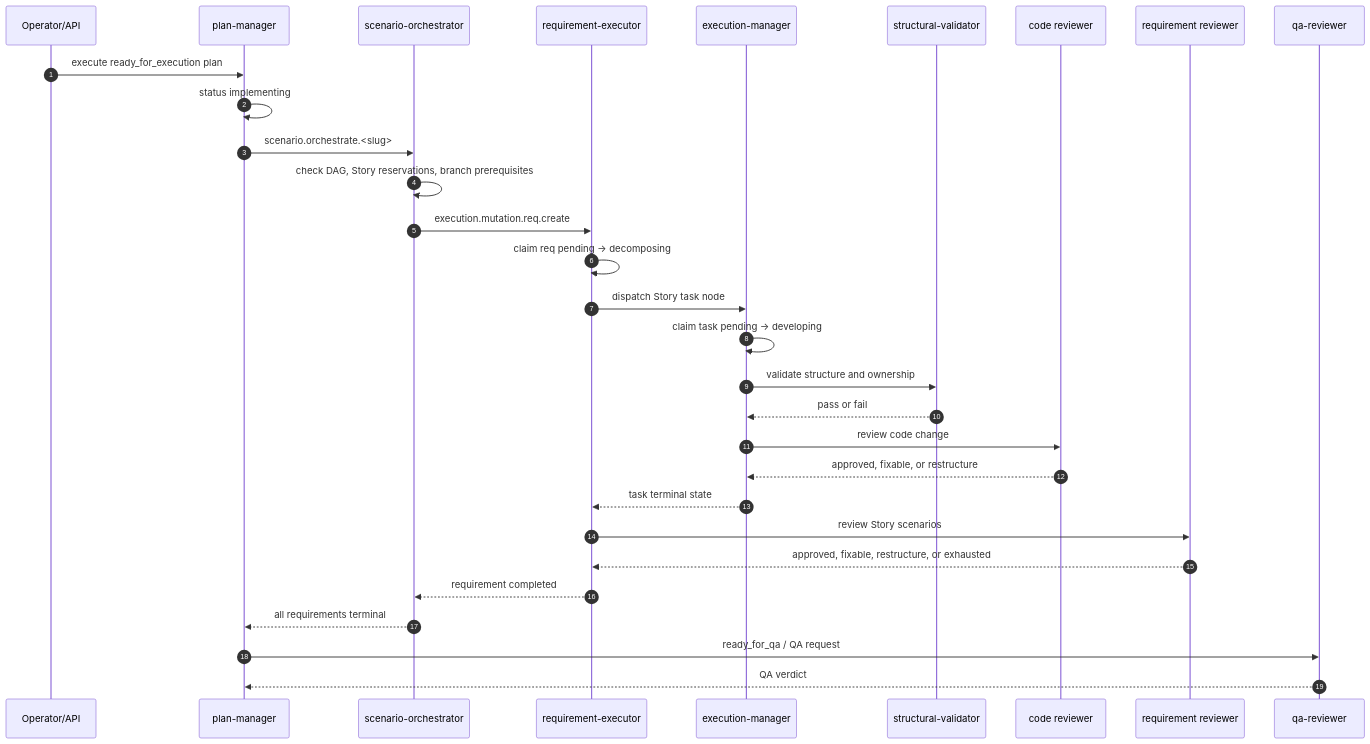
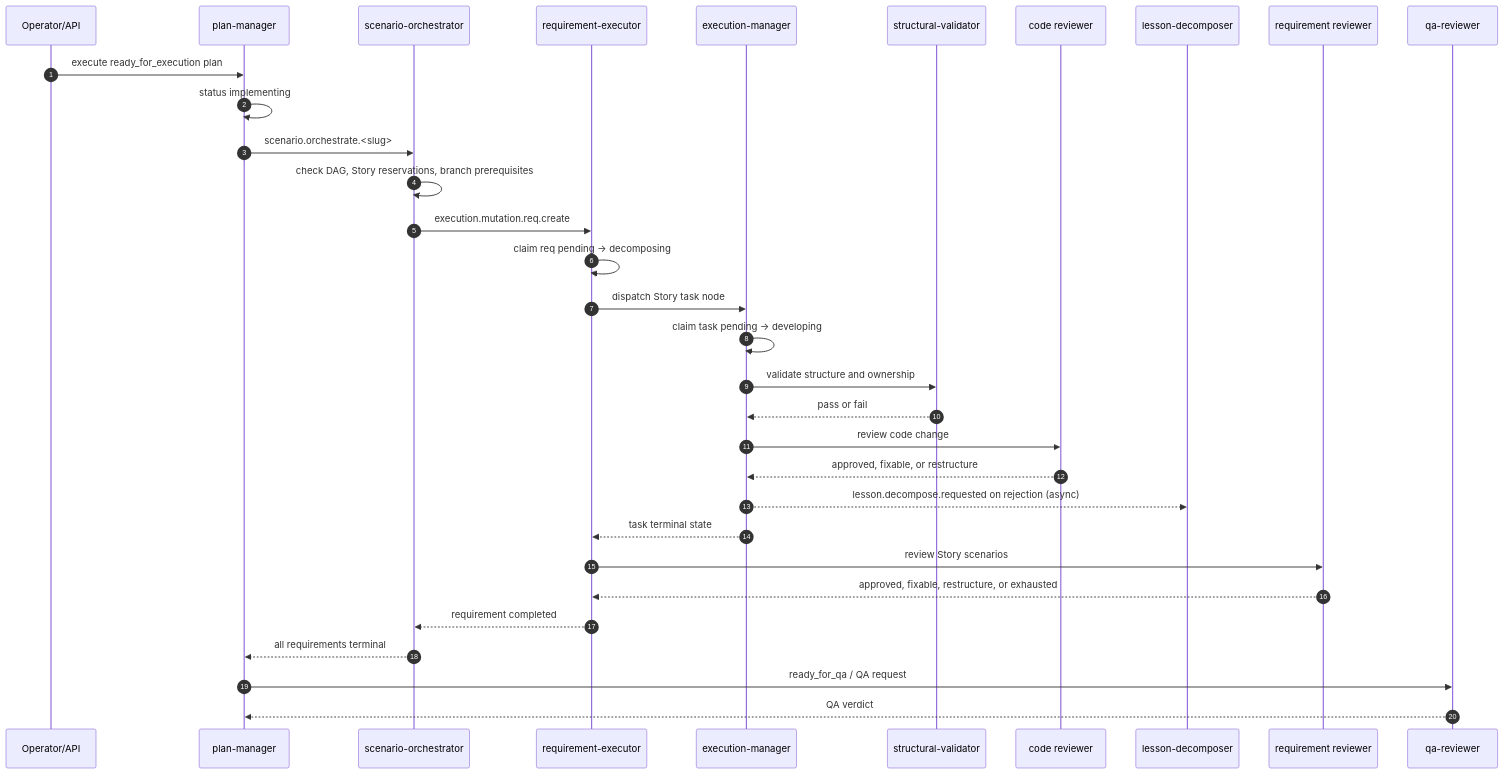
One commit to C360Studio/semspec changed the third of 4 diagrams in docs/e2e-flow.md. Above: the diagram before and after it, drawn with Mermaid. The commit also changed other lines of this file, not shown here.

Commit message:
docs: document lesson decomposition sidecar

````diff
--- a/docs/e2e-flow.md
+++ b/docs/e2e-flow.md
@@ -374,33 +374,35 @@
 ```mermaid
 sequenceDiagram
     autonumber
     participant Op as Operator/API
     participant PM as plan-manager
     participant SO as scenario-orchestrator
     participant RE as requirement-executor
     participant EM as execution-manager
     participant SV as structural-validator
     participant CR as code reviewer
+    participant LD as lesson-decomposer
     participant RR as requirement reviewer
     participant QA as qa-reviewer
 
     Op->>PM: execute ready_for_execution plan
     PM->>PM: status implementing
     PM->>SO: scenario.orchestrate.<slug>
     SO->>SO: check DAG, Story reservations, branch prerequisites
     SO->>RE: execution.mutation.req.create
     RE->>RE: claim req pending -> decomposing
     RE->>EM: dispatch Story task node
     EM->>EM: claim task pending -> developing
     EM->>SV: validate structure and ownership
     SV-->>EM: pass or fail
     EM->>CR: review code change
     CR-->>EM: approved, fixable, or restructure
+    EM-->>LD: lesson.decompose.requested on rejection (async)
     EM-->>RE: task terminal state
     RE->>RR: review Story scenarios
     RR-->>RE: approved, fixable, restructure, or exhausted
     RE-->>SO: requirement completed
     SO-->>PM: all requirements terminal
     PM->>QA: ready_for_qa / QA request
     QA-->>PM: QA verdict
 ```
````
